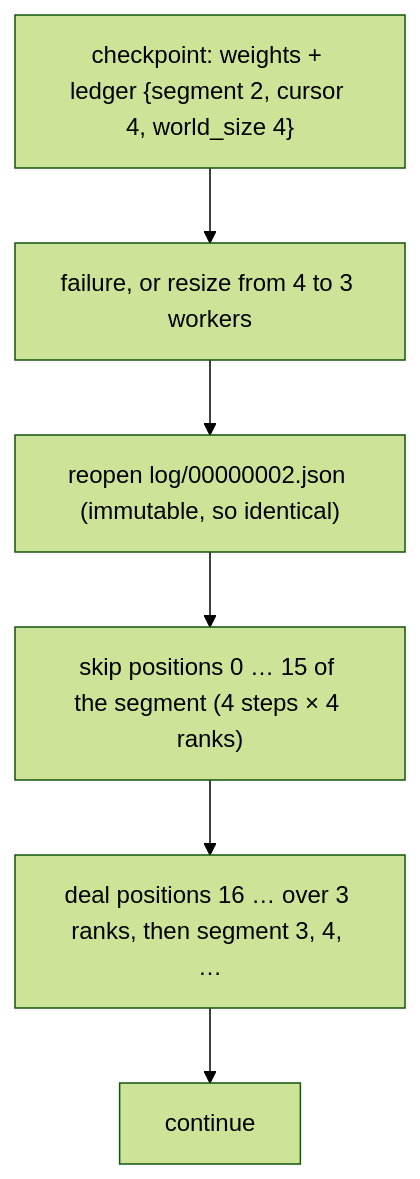
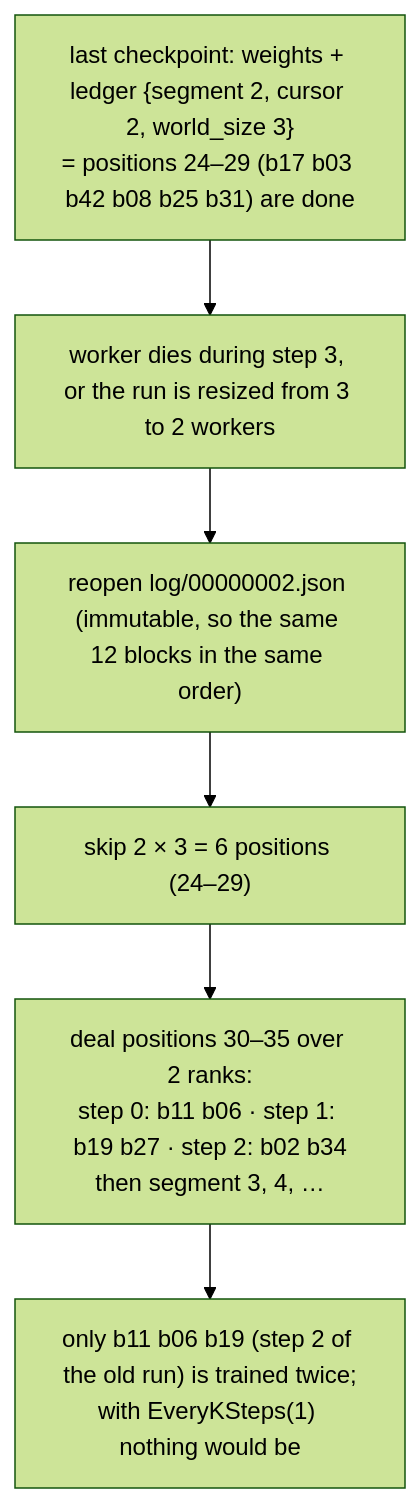
One commit to rahuldave/distrainer changed the tenth of 11 diagrams in docs/introduction.md. Above: the diagram before and after it, drawn with Mermaid (forest theme). The commit also changed other lines of this file and 2 other files, not shown here.

First line of the commit message:
Docs: worked-example diagrams with a "Reading the diagram" note under each

````diff
--- a/docs/introduction.md
+++ b/docs/introduction.md
@@ -232,9 +267,9 @@
 ```mermaid
 flowchart TB
-  ck["checkpoint: weights + ledger {segment 2, cursor 4, world_size 4}"]
-  ck --> f["failure, or resize from 4 to 3 workers"]
-  f --> reopen["reopen log/00000002.json (immutable, so identical)"]
-  reopen --> skip["skip positions 0 … 15 of the segment (4 steps × 4 ranks)"]
-  skip --> deal["deal positions 16 … over 3 ranks, then segment 3, 4, …"]
-  deal --> go["continue"]
+  ck["last checkpoint: weights + ledger {segment 2, cursor 2, world_size 3}<br/>= positions 24–29 (b17 b03 b42 b08 b25 b31) are done"]
+  ck --> f["worker dies during step 3, or the run is resized from 3 to 2 workers"]
+  f --> reopen["reopen log/00000002.json (immutable, so the same 12 blocks in the same order)"]
+  reopen --> skip["skip 2 × 3 = 6 positions (24–29)"]
+  skip --> deal["deal positions 30–35 over 2 ranks:<br/>step 0: b11 b06 · step 1: b19 b27 · step 2: b02 b34<br/>then segment 3, 4, …"]
+  deal --> replay["only b11 b06 b19 (step 2 of the old run) is trained twice;<br/>with EveryKSteps(1) nothing would be"]
 ```
````
